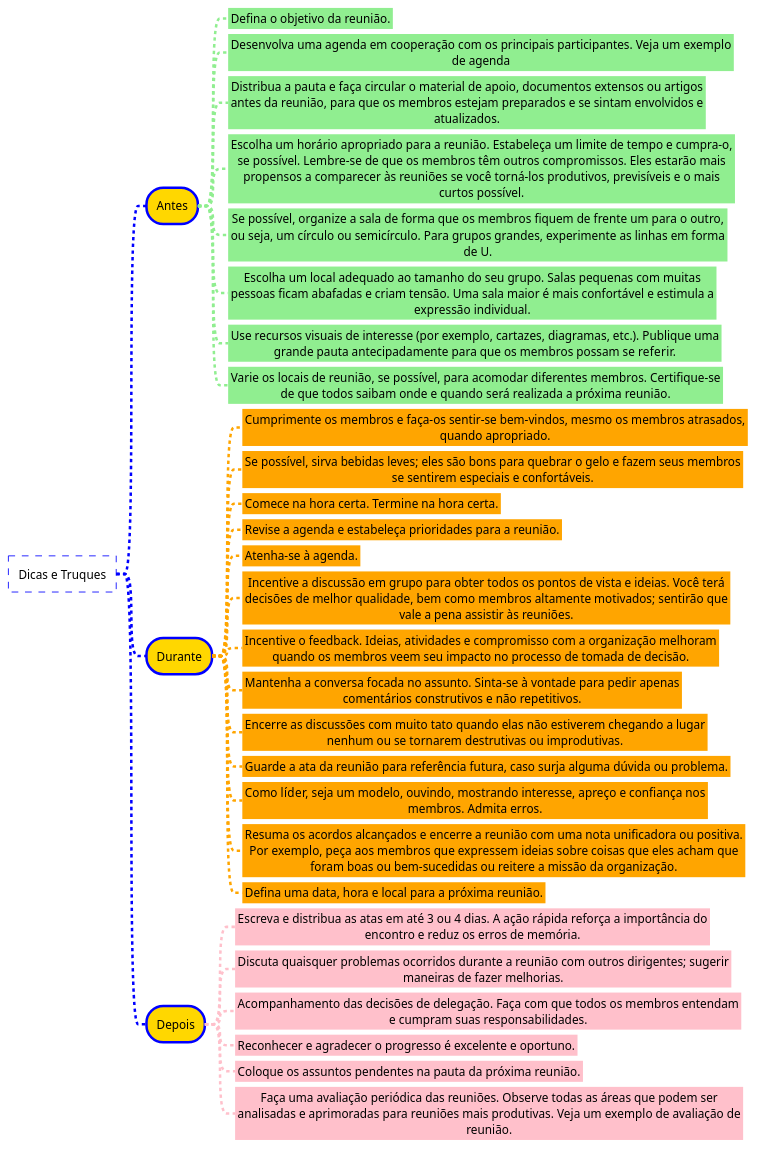
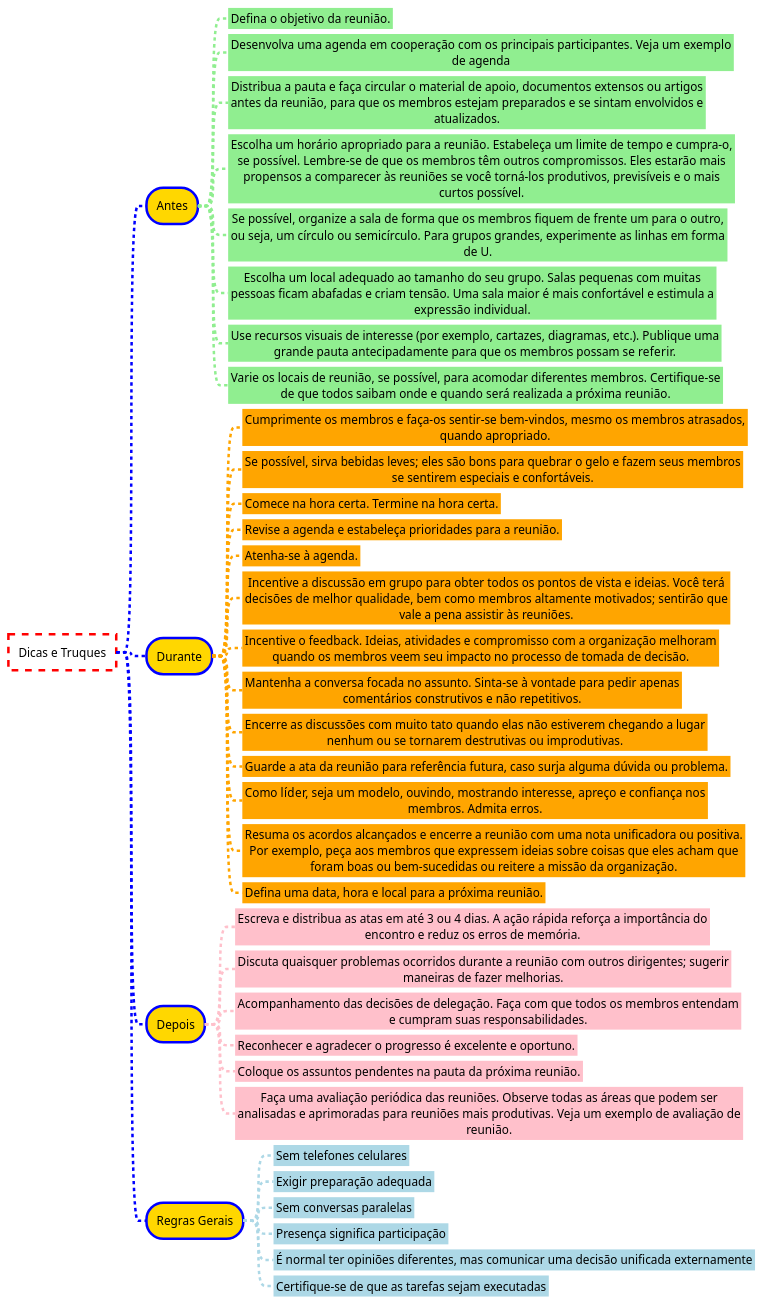
The diagram in Meetings/reuniao.md (GiovaniPM/MyCourses), drawn with PlantUML before and after one commit. The commit also changed 2 other files, not shown here.

Commit message:
giova(DESKTOP-PG18CKU) 220401180726

````diff
--- a/Meetings/reuniao.md
+++ b/Meetings/reuniao.md
@@ -2,43 +2,47 @@
 @startmindmap
 <style>
 node {
-    Padding 12
-    Margin 3
+    BackgroundColor gold
     HorizontalAlignment center
     LineColor blue
     LineThickness 3.0
-    BackgroundColor gold
+    Margin 3
+    MaximumWidth 600
+    Padding 12
     RoundCorner 40
-    MaximumWidth 600
 }
 
 rootNode {
+    BackgroundColor white
+    LineColor red
     LineStyle 8.0;3.0
-    LineColor red
-    BackgroundColor white
     LineThickness 1.0
     RoundCorner 0
     Shadowing 0.0
 }
 
 leafNode {
+    BackgroundColor gold
     LineColor none
-    BackgroundColor lightgreen
+    Padding 3
     RoundCorner 0
-    Padding 3
 }
 
 arrow {
     ;LineStyle 4
     ;LineThickness 0.5
+    LineColor blue
     LineThickness 3.0
-    LineColor blue
 }
 </style>
 
 * Dicas e Truques
 
 <style>
+leafNode {
+    BackgroundColor lightgreen
+}
+
 arrow {
     LineColor lightgreen
 }
@@ -96,5 +100,23 @@
 *** Reconhecer e agradecer o progresso é excelente e oportuno.
 *** Coloque os assuntos pendentes na pauta da próxima reunião.
 *** Faça uma avaliação periódica das reuniões. Observe todas as áreas que podem ser analisadas e aprimoradas para reuniões mais produtivas. Veja um exemplo de avaliação de reunião.
+
+<style>
+leafNode {
+    BackgroundColor lightblue
+}
+
+arrow {
+    LineColor lightblue
+}
+</style>
+
+** Regras Gerais
+*** Sem telefones celulares
+*** Exigir preparação adequada
+*** Sem conversas paralelas
+*** Presença significa participação
+*** É normal ter opiniões diferentes, mas comunicar uma decisão unificada externamente
+*** Certifique-se de que as tarefas sejam executadas
 @endmindmap
 ```
````
